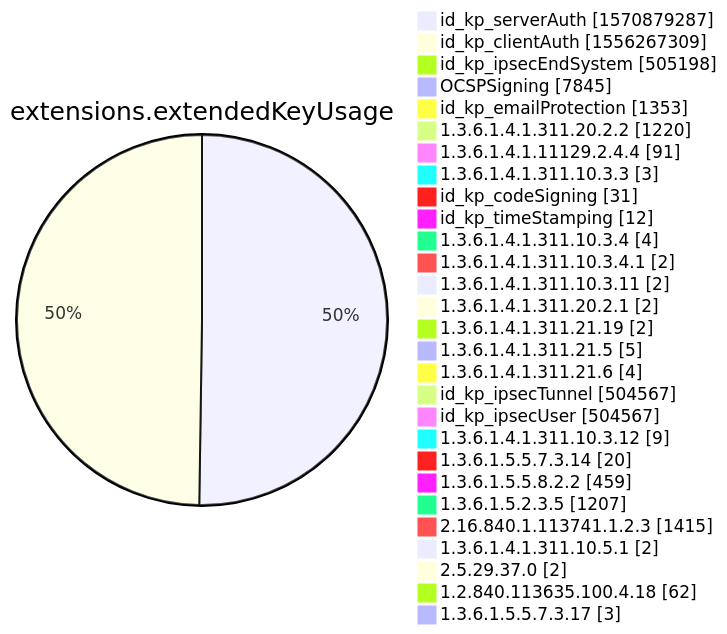
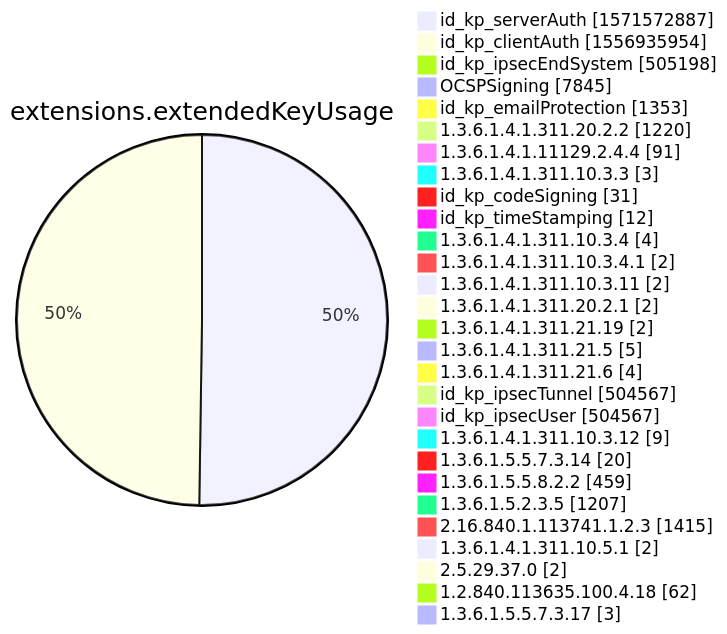
Diagram 12 of 15 in xenon2022/README.md (christiankrug/ctmonitor_visualization), drawn with Mermaid before and after one commit. The commit also changed other lines of this file, not shown here.

````diff
--- a/xenon2022/README.md
+++ b/xenon2022/README.md
@@ -3883,32 +3883,32 @@
 ```mermaid
 pie showData
 title extensions.extendedKeyUsage
-"id_kp_serverAuth" :1570879287
-"id_kp_clientAuth" :1556267309
+"id_kp_serverAuth" :1571572887
+"id_kp_clientAuth" :1556935954
 "id_kp_ipsecEndSystem" :505198
 "OCSPSigning" :7845
 "id_kp_emailProtection" :1353
 "1.3.6.1.4.1.311.20.2.2" :1220
 "1.3.6.1.4.1.11129.2.4.4" :91
 "1.3.6.1.4.1.311.10.3.3" :3
 "id_kp_codeSigning" :31
 "id_kp_timeStamping" :12
 "1.3.6.1.4.1.311.10.3.4" :4
 "1.3.6.1.4.1.311.10.3.4.1" :2
 "1.3.6.1.4.1.311.10.3.11" :2
 "1.3.6.1.4.1.311.20.2.1" :2
 "1.3.6.1.4.1.311.21.19" :2
 "1.3.6.1.4.1.311.21.5" :5
 "1.3.6.1.4.1.311.21.6" :4
 "id_kp_ipsecTunnel" :504567
 "id_kp_ipsecUser" :504567
 "1.3.6.1.4.1.311.10.3.12" :9
 "1.3.6.1.5.5.7.3.14" :20
 "1.3.6.1.5.5.8.2.2" :459
 "1.3.6.1.5.2.3.5" :1207
 "2.16.840.1.113741.1.2.3" :1415
 "1.3.6.1.4.1.311.10.5.1" :2
 "2.5.29.37.0" :2
 "1.2.840.113635.100.4.18" :62
 "1.3.6.1.5.5.7.3.17" :3
 ```
````
